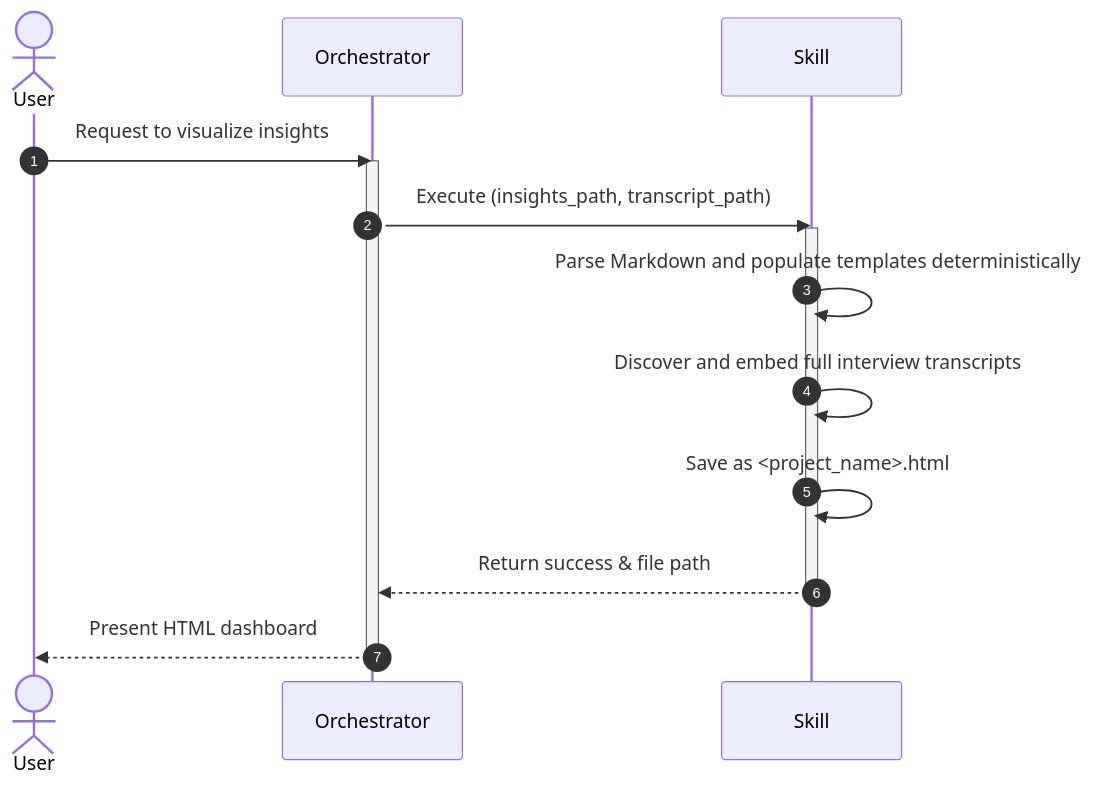
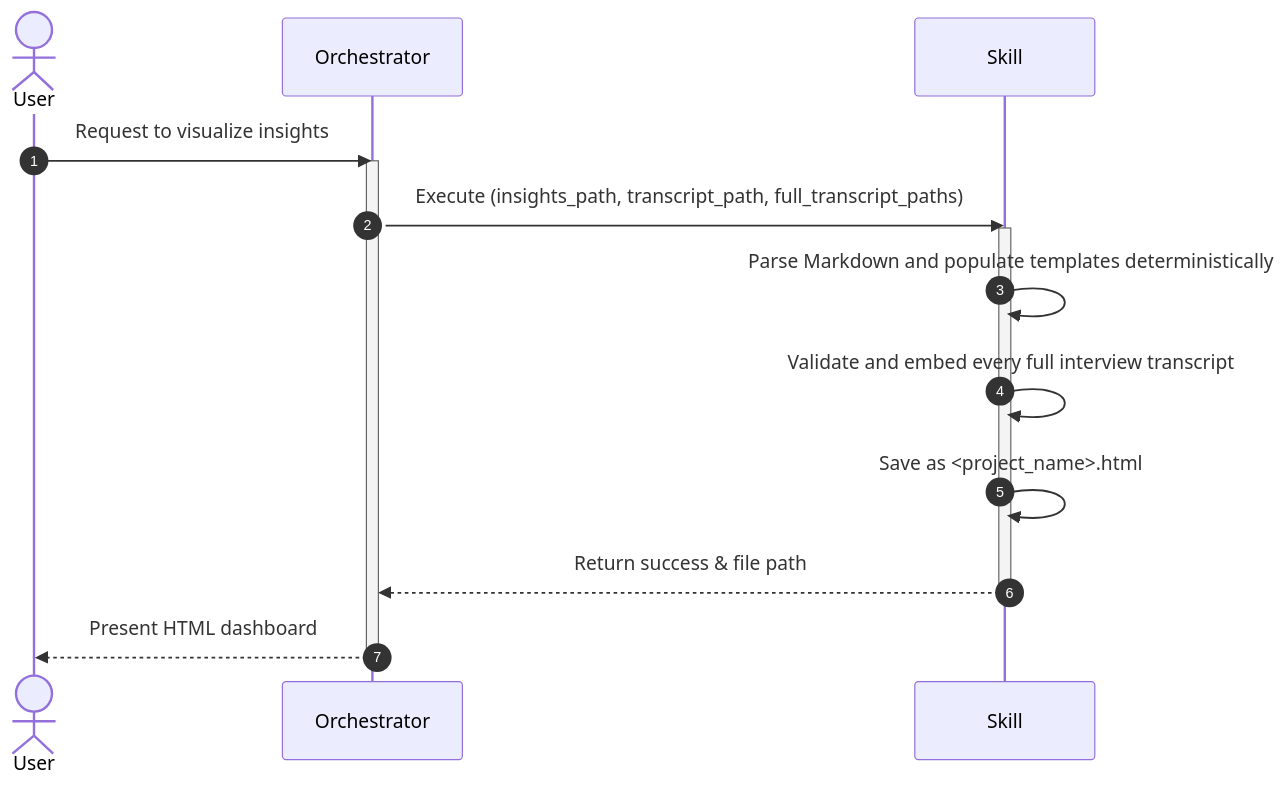
One commit to nguyenlamhai89/UX-Agent changed the diagram in .agents/skills/visualize-insights/SKILL.md. Above: the diagram before and after it, drawn with Mermaid. The commit also changed other lines of this file and 2 other files, not shown here.

Commit message:
update: require full transcript inputs

````diff
--- a/.agents/skills/visualize-insights/SKILL.md
+++ b/.agents/skills/visualize-insights/SKILL.md
@@ -76,19 +81,19 @@
 ```mermaid
 sequenceDiagram
     autonumber
     actor User
     participant Orchestrator
     participant Skill
 
     User->>Orchestrator: Request to visualize insights
     activate Orchestrator
-    Orchestrator->>Skill: Execute (insights_path, transcript_path)
+    Orchestrator->>Skill: Execute (insights_path, transcript_path, full_transcript_paths)
     activate Skill
     Skill->>Skill: Parse Markdown and populate templates deterministically
-    Skill->>Skill: Discover and embed full interview transcripts
+    Skill->>Skill: Validate and embed every full interview transcript
     Skill->>Skill: Save as <project_name>.html
     Skill-->>Orchestrator: Return success & file path
     deactivate Skill
     Orchestrator-->>User: Present HTML dashboard
     deactivate Orchestrator
 ```
````
